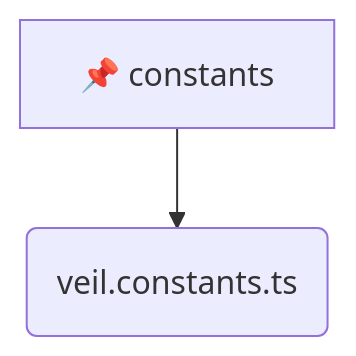
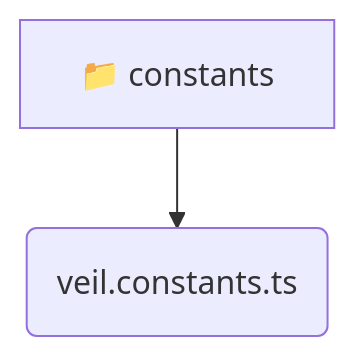
Before and after one commit to beginwebdev2002/fullstack-mavluda: the diagram in frontend/src/entities/veil/constants/README.md, drawn with Mermaid. The commit also changed other lines of this file and 155 other files, not shown here.

````diff
--- a/frontend/src/entities/veil/constants/README.md
+++ b/frontend/src/entities/veil/constants/README.md
@@ -9,5 +11,5 @@
 ```mermaid
 graph TD
-  constants[📌 constants]
-  constants --> veil_constants_ts(veil.constants.ts)
+  constants[📁 constants]
+  constants --> constants_veil_constants_ts(veil.constants.ts)
 ```
````
